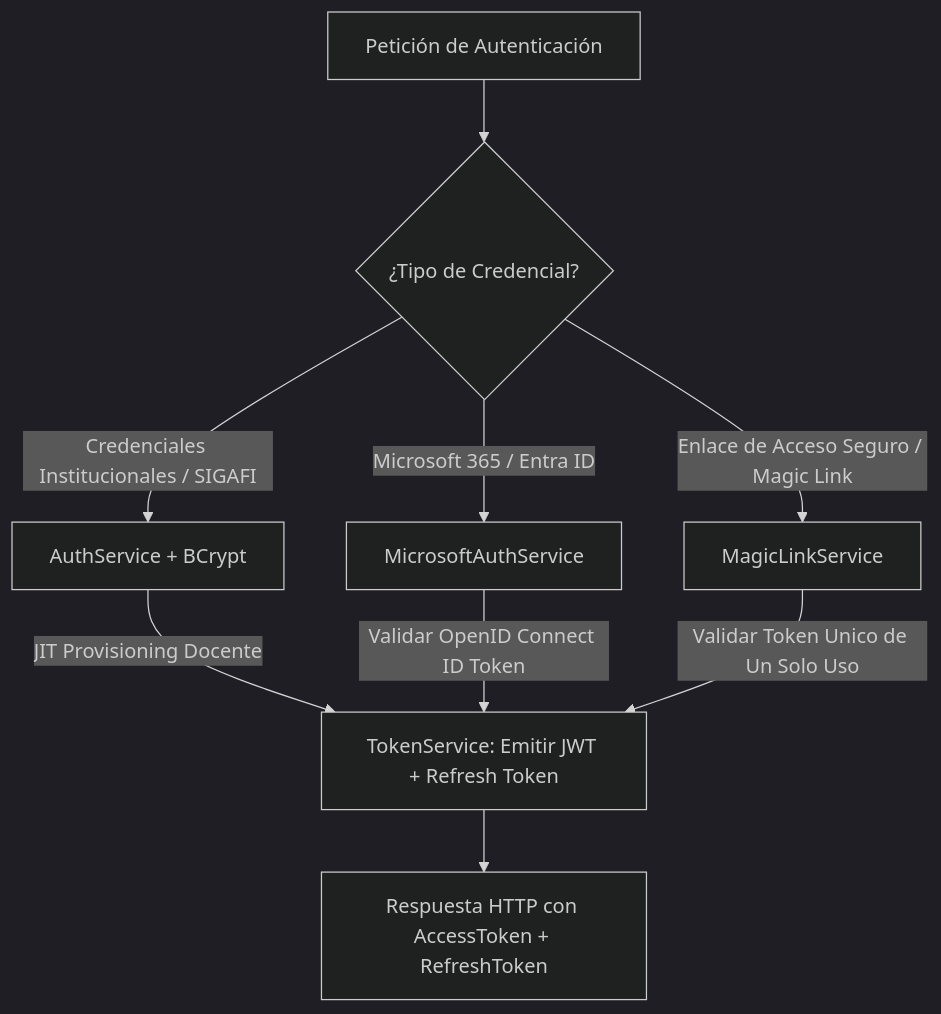
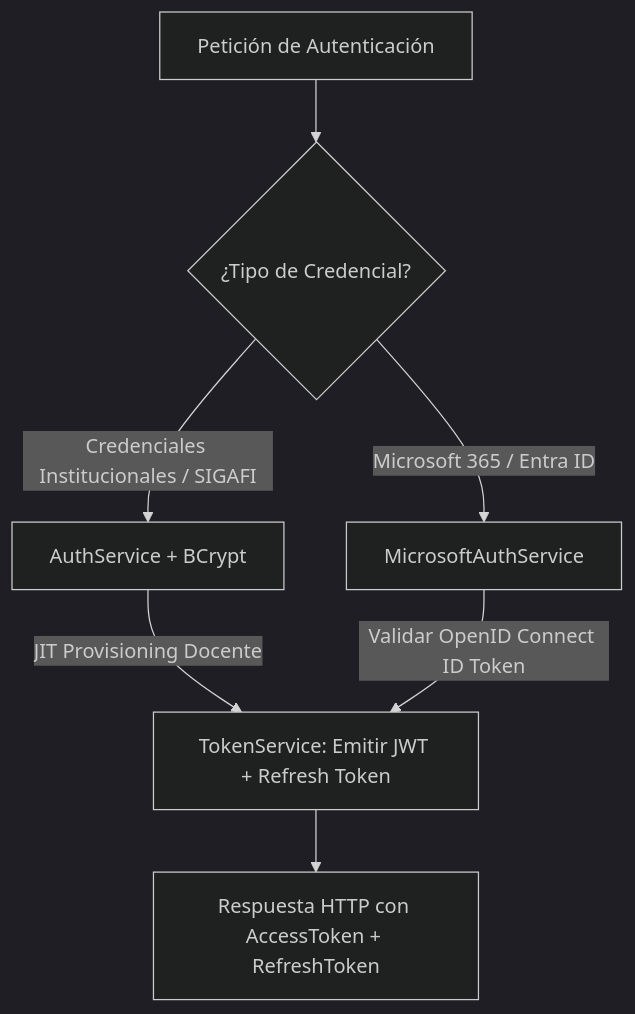
One commit to JorgeDoicela/dosier changed the first of 2 diagrams in docs/documentacion/02-backend-servicios/02-autenticacion-sso-y-rbac.md. Above: the diagram before and after it, drawn with Mermaid (dark theme). The commit also changed other lines of this file and 30 other files, not shown here.

Commit message:
refactor(auth): eliminar magic links, pin handoff y migrar a tokens de recuperacion dedicados

````diff
--- a/docs/documentacion/02-backend-servicios/02-autenticacion-sso-y-rbac.md
+++ b/docs/documentacion/02-backend-servicios/02-autenticacion-sso-y-rbac.md
@@ -15,15 +15,12 @@
 ```mermaid
 graph TD
     UserReq[Petición de Autenticación] --> AuthType{¿Tipo de Credencial?}
 
     AuthType -->|Credenciales Institucionales / SIGAFI| LocalAuth[AuthService + BCrypt]
     LocalAuth -->|JIT Provisioning Docente| TokenGen[TokenService: Emitir JWT + Refresh Token]
 
     AuthType -->|Microsoft 365 / Entra ID| SSOAuth[MicrosoftAuthService]
     SSOAuth -->|Validar OpenID Connect ID Token| TokenGen
 
-    AuthType -->|Enlace de Acceso Seguro / Magic Link| MagicAuth[MagicLinkService]
-    MagicAuth -->|Validar Token Unico de Un Solo Uso| TokenGen
-
     TokenGen --> Response[Respuesta HTTP con AccessToken + RefreshToken]
 ```
````
